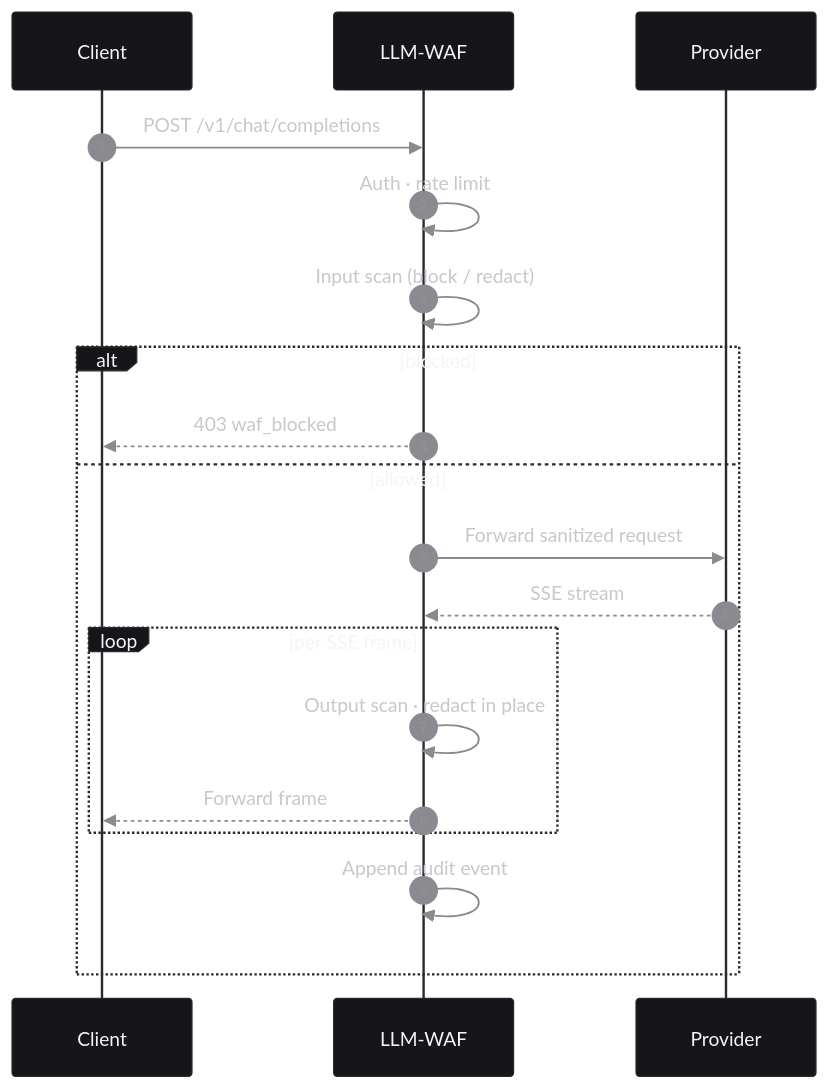
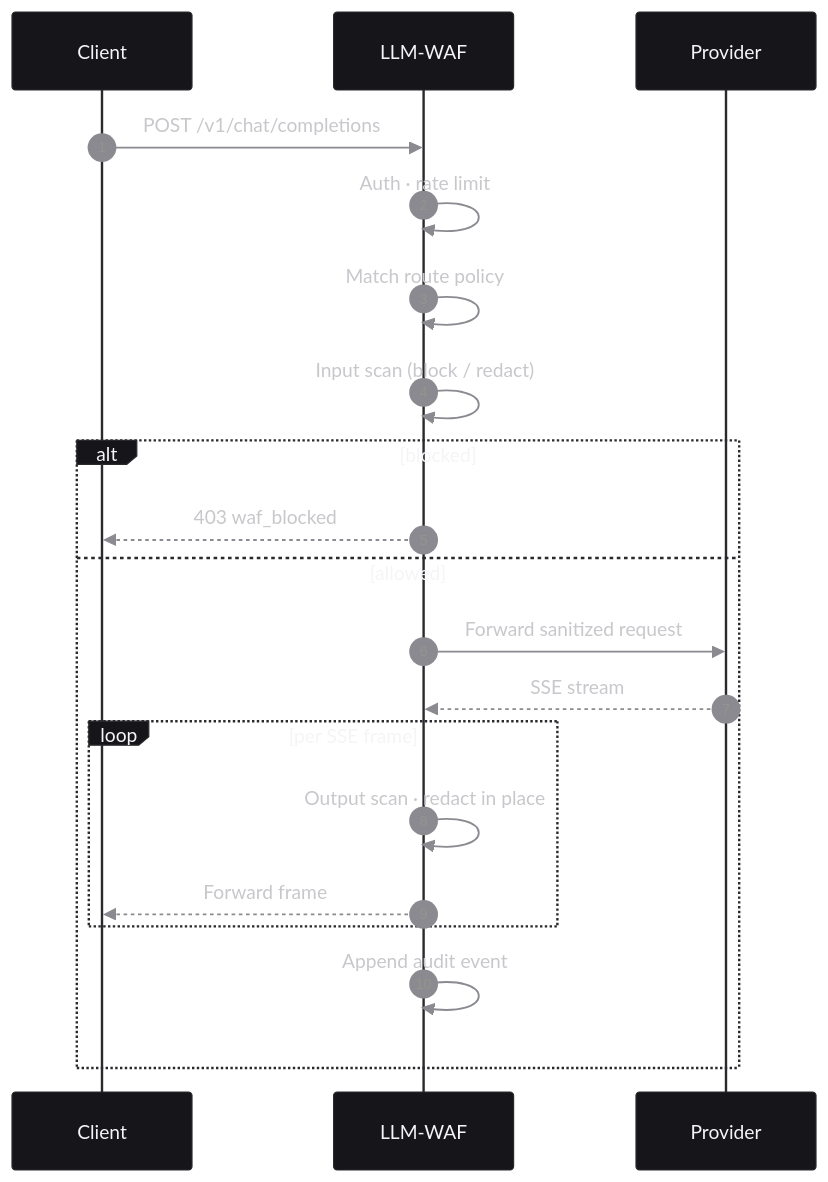
One commit to yushui2022/LLM-WAF changed the second of 3 diagrams in README.md. Above: the diagram before and after it, drawn with Mermaid. The commit also changed other lines of this file, not shown here.

Commit message:
docs: document route policy configuration

````diff
--- a/README.md
+++ b/README.md
@@ -218,38 +266,39 @@
 ```mermaid
 %%{init: {'theme':'base','themeVariables':{
   'background':'#0a0a0b',
   'primaryColor':'#16161a',
   'primaryTextColor':'#f5f5f7',
   'primaryBorderColor':'#2a2a2e',
   'lineColor':'#6b6b70',
   'actorBkg':'#16161a',
   'actorTextColor':'#f5f5f7',
   'actorBorder':'#2a2a2e',
   'signalColor':'#8a8a90',
   'signalTextColor':'#c8c8cc',
   'noteBkgColor':'#1c1c20',
   'noteTextColor':'#c8c8cc',
   'noteBorderColor':'#2a2a2e',
   'fontFamily':'ui-sans-serif, -apple-system, Segoe UI, sans-serif'
 }}}%%
 sequenceDiagram
     autonumber
     participant C as Client
     participant W as LLM-WAF
     participant P as Provider
 
     C->>W: POST /v1/chat/completions
     W->>W: Auth · rate limit
+    W->>W: Match route policy
     W->>W: Input scan (block / redact)
     alt blocked
       W-->>C: 403 waf_blocked
     else allowed
       W->>P: Forward sanitized request
       P-->>W: SSE stream
       loop per SSE frame
         W->>W: Output scan · redact in place
         W-->>C: Forward frame
       end
       W->>W: Append audit event
     end
 ```
````
